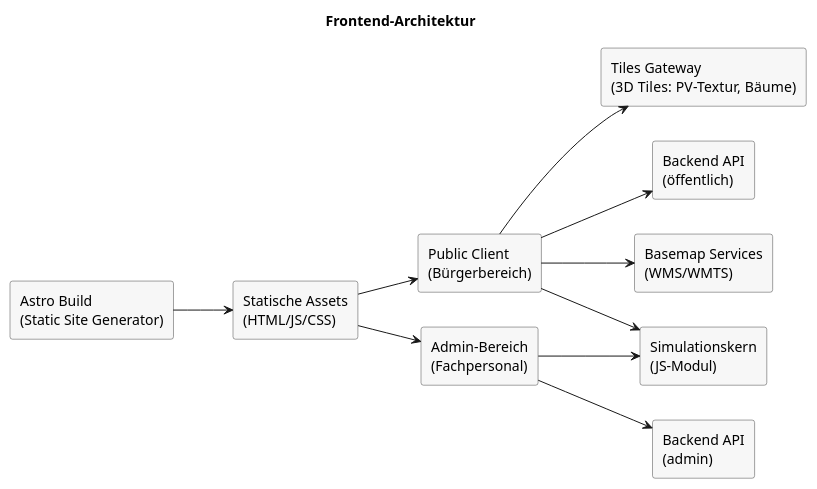
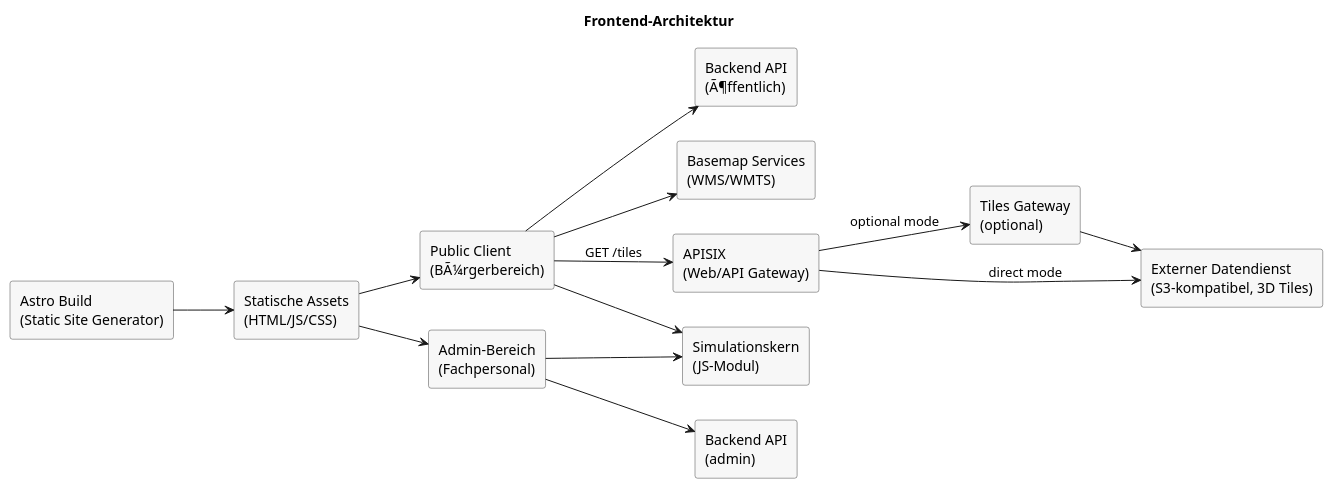
One commit to csi-FOXBYTE/Regensburg_DigitalerEnergieZwilling_Backend changed the diagram in docs/architecture/raw/frontend-architecture.puml. Above: the diagram before and after it, drawn with PlantUML. The commit also changed 36 other files, not shown here.

```diff
--- a/docs/architecture/raw/frontend-architecture.puml
+++ b/docs/architecture/raw/frontend-architecture.puml
@@ -1,30 +1,35 @@
 @startuml
 left to right direction
 skinparam rectangle {
   BackgroundColor #F7F7F7
   BorderColor #444444
 }
 
 title Frontend-Architektur
 
 rectangle "Astro Build\n(Static Site Generator)" as astro
 rectangle "Statische Assets\n(HTML/JS/CSS)" as assets
-rectangle "Public Client\n(Bürgerbereich)" as public_client
+rectangle "APISIX\n(Web/API Gateway)" as apisix
+rectangle "Public Client\n(BÃ¼rgerbereich)" as public_client
 rectangle "Admin-Bereich\n(Fachpersonal)" as admin_client
 rectangle "Simulationskern\n(JS-Modul)" as core
-rectangle "Tiles Gateway\n(3D Tiles: PV-Textur, Bäume)" as tiles
-rectangle "Backend API\n(öffentlich)" as api_public
+rectangle "Tiles Gateway\n(optional)" as tiles
+rectangle "Externer Datendienst\n(S3-kompatibel, 3D Tiles)" as s3
+rectangle "Backend API\n(Ã¶ffentlich)" as api_public
 rectangle "Backend API\n(admin)" as api_admin
 rectangle "Basemap Services\n(WMS/WMTS)" as basemap
 
 astro --> assets
 assets --> public_client
 assets --> admin_client
 public_client --> core
 admin_client --> core
-public_client --> tiles
+public_client --> apisix : GET /tiles
+apisix --> s3 : direct mode
+apisix --> tiles : optional mode
+tiles --> s3
 public_client --> api_public
 admin_client --> api_admin
 public_client --> basemap
 
 @enduml
```
